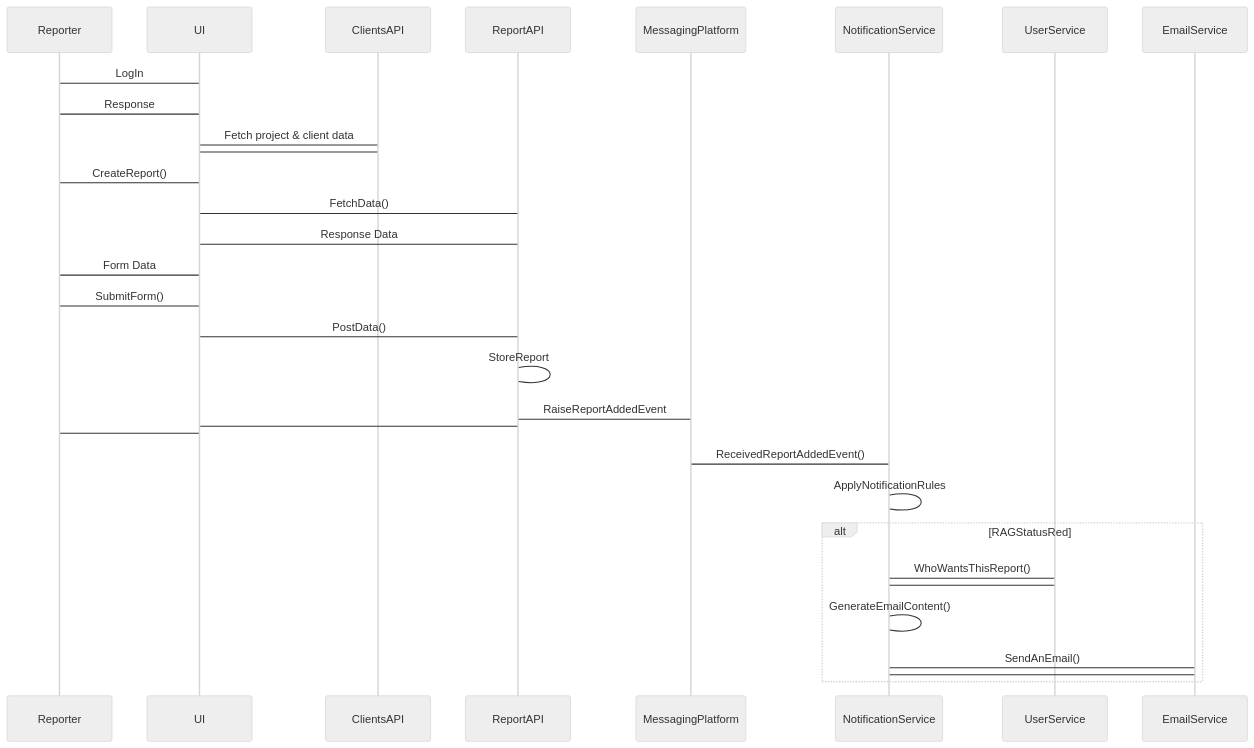
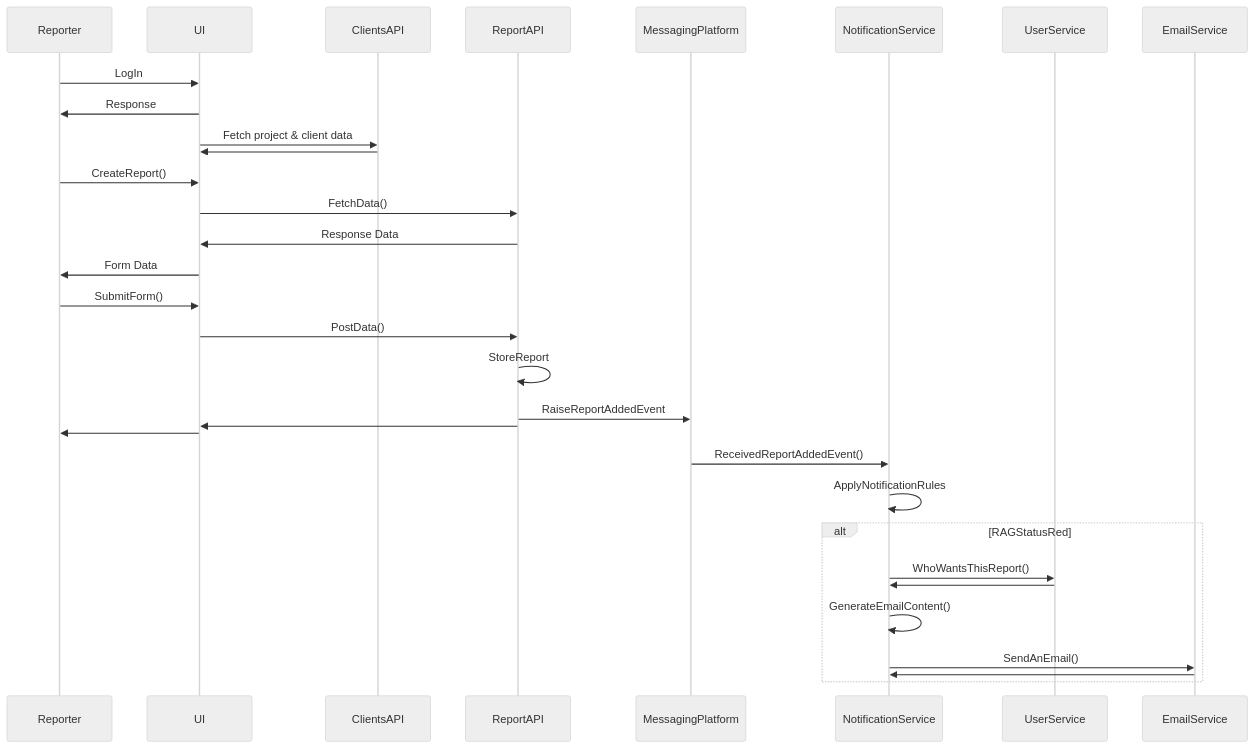
The diagram in README.md (talentconsulting/talentsuite-audit-service), drawn with Mermaid (neutral theme) before and after one commit.

````diff
--- a/README.md
+++ b/README.md
@@ -5,26 +5,26 @@
 ```mermaid
 sequenceDiagram
-    Reporter->UI: LogIn
-    UI->Reporter: Response
-    UI->ClientsAPI: Fetch project & client data
-    ClientsAPI->UI: 
-    Reporter->UI: CreateReport()
-    UI->ReportAPI: FetchData()
-    ReportAPI->UI: Response Data
-    UI->Reporter: Form Data
-    Reporter->UI: SubmitForm()
-    UI->ReportAPI: PostData()
-    ReportAPI->ReportAPI: StoreReport
-    ReportAPI->MessagingPlatform: RaiseReportAddedEvent
-    ReportAPI->UI: 
-    UI->Reporter: 
-    MessagingPlatform->NotificationService: ReceivedReportAddedEvent()
-    NotificationService->NotificationService: ApplyNotificationRules
+    Reporter->>UI: LogIn
+    UI->>Reporter: Response
+    UI->>ClientsAPI: Fetch project & client data
+    ClientsAPI->>UI: 
+    Reporter->>UI: CreateReport()
+    UI->>ReportAPI: FetchData()
+    ReportAPI->>UI: Response Data
+    UI->>Reporter: Form Data
+    Reporter->>UI: SubmitForm()
+    UI->>ReportAPI: PostData()
+    ReportAPI->>ReportAPI: StoreReport
+    ReportAPI->>MessagingPlatform: RaiseReportAddedEvent
+    ReportAPI->>UI: 
+    UI->>Reporter: 
+    MessagingPlatform->>NotificationService: ReceivedReportAddedEvent()
+    NotificationService->>NotificationService: ApplyNotificationRules
     alt RAGStatusRed
-    NotificationService->UserService: WhoWantsThisReport()
-    UserService->NotificationService: 
-    NotificationService->NotificationService: GenerateEmailContent()
-    NotificationService->EmailService: SendAnEmail()
-    EmailService->NotificationService: 
+    NotificationService->>UserService: WhoWantsThisReport()
+    UserService->>NotificationService: 
+    NotificationService->>NotificationService: GenerateEmailContent()
+    NotificationService->>EmailService: SendAnEmail()
+    EmailService->>NotificationService: 
     end
 ```
````
